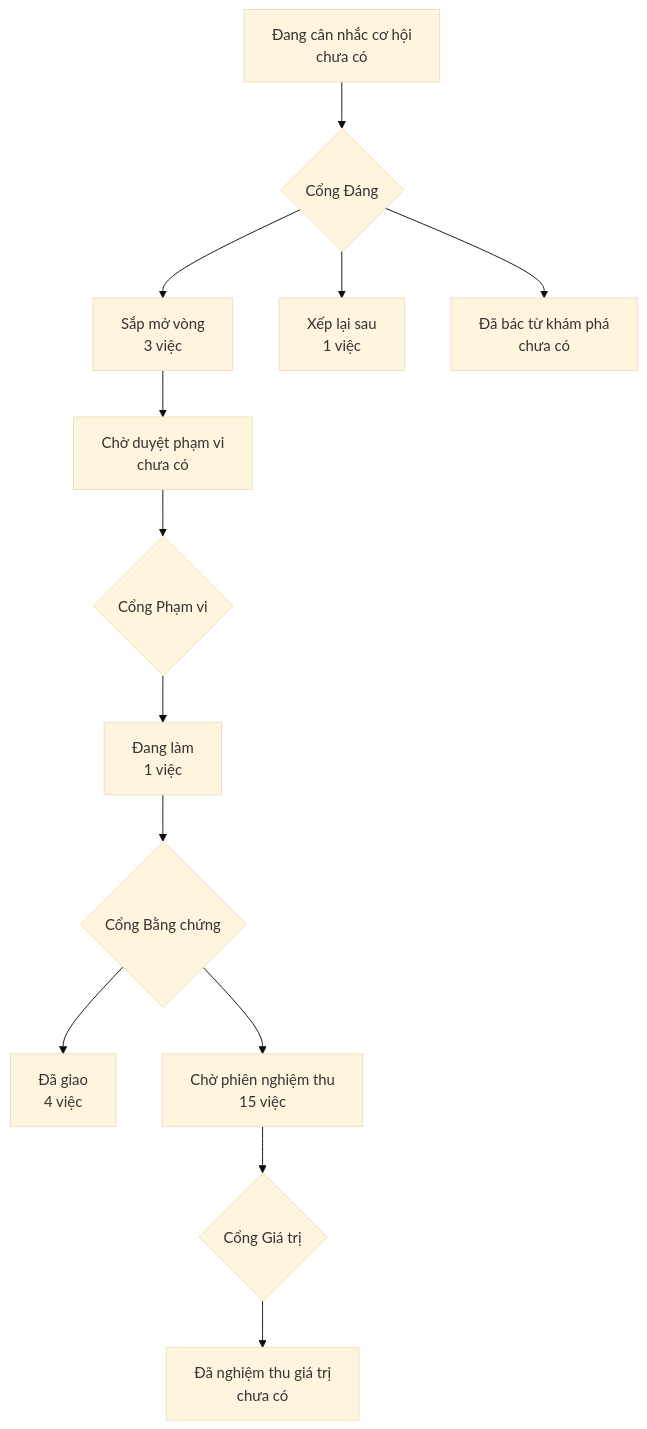
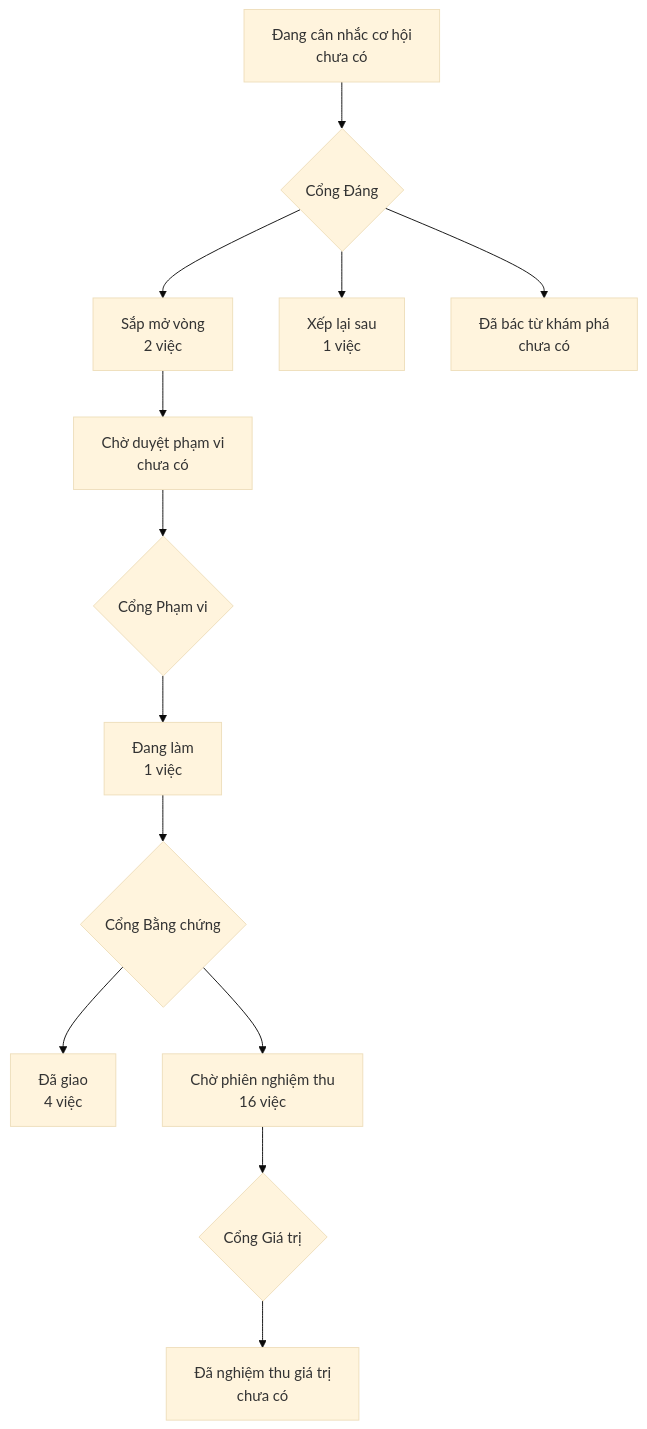
One commit to phanlemanh/onehub-quy-hang changed the diagram in PRODUCT-MAP.md. Above: the diagram before and after it, drawn with Mermaid (base theme). The commit also changed 1 other file, not shown here.

Commit message:
chore(product-map): vẽ lại sau khi gộp main

````diff
--- a/PRODUCT-MAP.md
+++ b/PRODUCT-MAP.md
@@ -7,12 +7,12 @@
 ```mermaid
 flowchart TD
   A["Đang cân nhắc cơ hội<br/>chưa có"] --> GD{"Cổng Đáng"}
-  GD --> B["Sắp mở vòng<br/>3 việc"]
+  GD --> B["Sắp mở vòng<br/>2 việc"]
   GD --> XL["Xếp lại sau<br/>1 việc"]
   GD --> DB["Đã bác từ khám phá<br/>chưa có"]
   B --> CD["Chờ duyệt phạm vi<br/>chưa có"] --> GP{"Cổng Phạm vi"}
   GP --> DL["Đang làm<br/>1 việc"] --> GB{"Cổng Bằng chứng"}
   GB --> DG["Đã giao<br/>4 việc"]
-  GB --> CN["Chờ phiên nghiệm thu<br/>15 việc"] --> GG{"Cổng Giá trị"}
+  GB --> CN["Chờ phiên nghiệm thu<br/>16 việc"] --> GG{"Cổng Giá trị"}
   GG --> NT["Đã nghiệm thu giá trị<br/>chưa có"]
 ```
````
